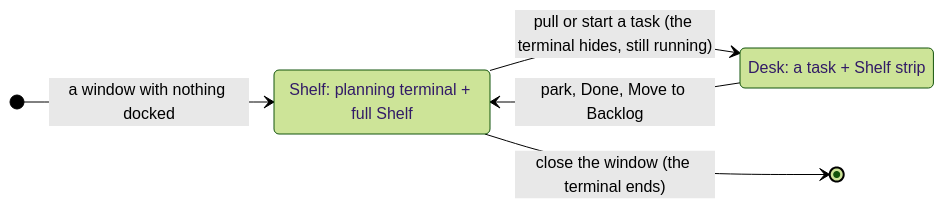
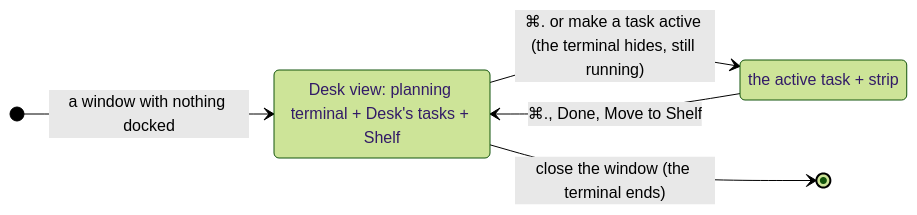
One commit to tampopogk/kanna changed the diagram in docs/specs/planning-agent.md. Above: the diagram before and after it, drawn with Mermaid (forest theme). The commit also changed other lines of this file and 51 other files, not shown here.

Commit message:
Specs: Desk and Shelf, the Desk view, pick, shelve, activate, park; backlog-runners → shelf-runners, backlog-search → shelf-search, shelve-latency → move-to-desk-latency

````diff
--- a/docs/specs/planning-agent.md
+++ b/docs/specs/planning-agent.md
@@ -21,10 +21,10 @@
 ```mermaid
 stateDiagram-v2
     direction LR
-    state "Shelf: planning terminal + full Shelf" as plan
-    state "Desk: a task + Shelf strip" as task
+    state "Desk view: planning terminal + Desk's tasks + Shelf" as plan
+    state "the active task + strip" as task
     [*] --> plan: a window with nothing docked
-    plan --> task: pull or start a task (the terminal hides, still running)
-    task --> plan: park, Done, Move to Backlog
+    plan --> task: ⌘. or make a task active (the terminal hides, still running)
+    task --> plan: ⌘., Done, Move to Shelf
     plan --> [*]: close the window (the terminal ends)
 ```
````
